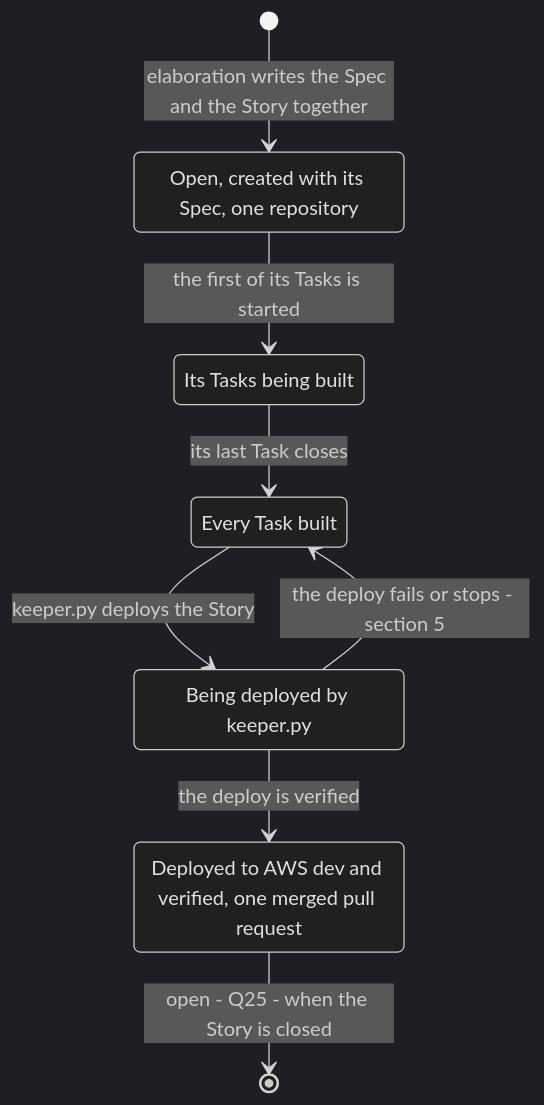
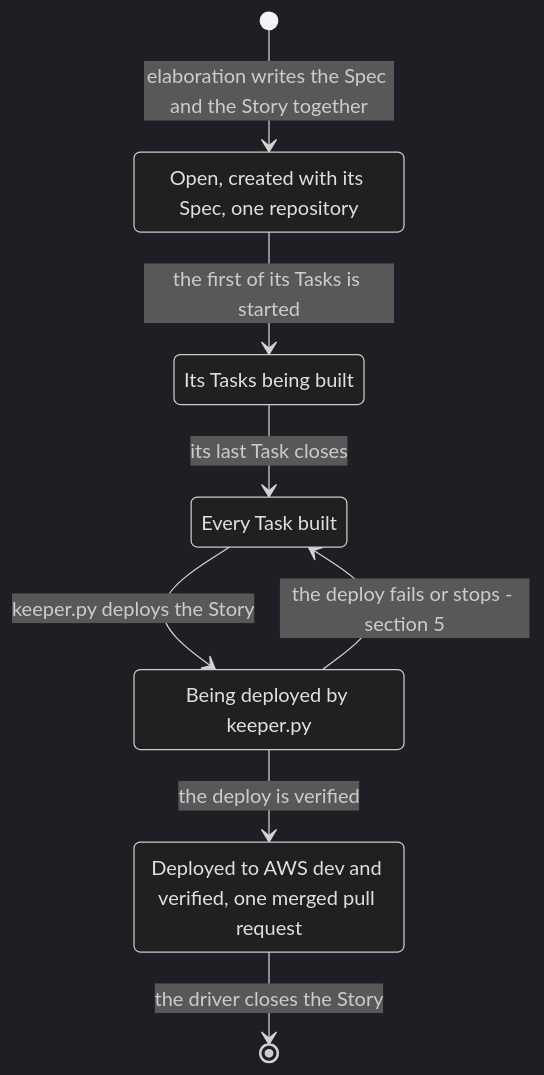
The fifth of 8 diagrams in plugins/agent-teams-workforce/blueprint/design/pipelines-driver.md (mark-satterfield/toolset), drawn with Mermaid (dark theme) before and after one commit. The commit also changed other lines of this file and 2 other files, not shown here.

First line of the commit message:
docs(blueprint): decide the driver, PRD and deploy questions that are not the owner's

````diff
--- a/plugins/agent-teams-workforce/blueprint/design/pipelines-driver.md
+++ b/plugins/agent-teams-workforce/blueprint/design/pipelines-driver.md
@@ -233,15 +255,15 @@
 ```mermaid
 stateDiagram-v2
     state "Open, created with its Spec, one repository" as sOpen
     state "Its Tasks being built" as sBuild
     state "Every Task built" as sReady
     state "Being deployed by keeper.py" as sDeploy
     state "Deployed to AWS dev and verified, one merged pull request" as sDone
     [*] --> sOpen: elaboration writes the Spec and the Story together
     sOpen --> sBuild: the first of its Tasks is started
     sBuild --> sReady: its last Task closes
     sReady --> sDeploy: keeper.py deploys the Story
     sDeploy --> sReady: the deploy fails or stops - section 5
     sDeploy --> sDone: the deploy is verified
-    sDone --> [*]: open - Q25 - when the Story is closed
+    sDone --> [*]: the driver closes the Story
 ```
````
